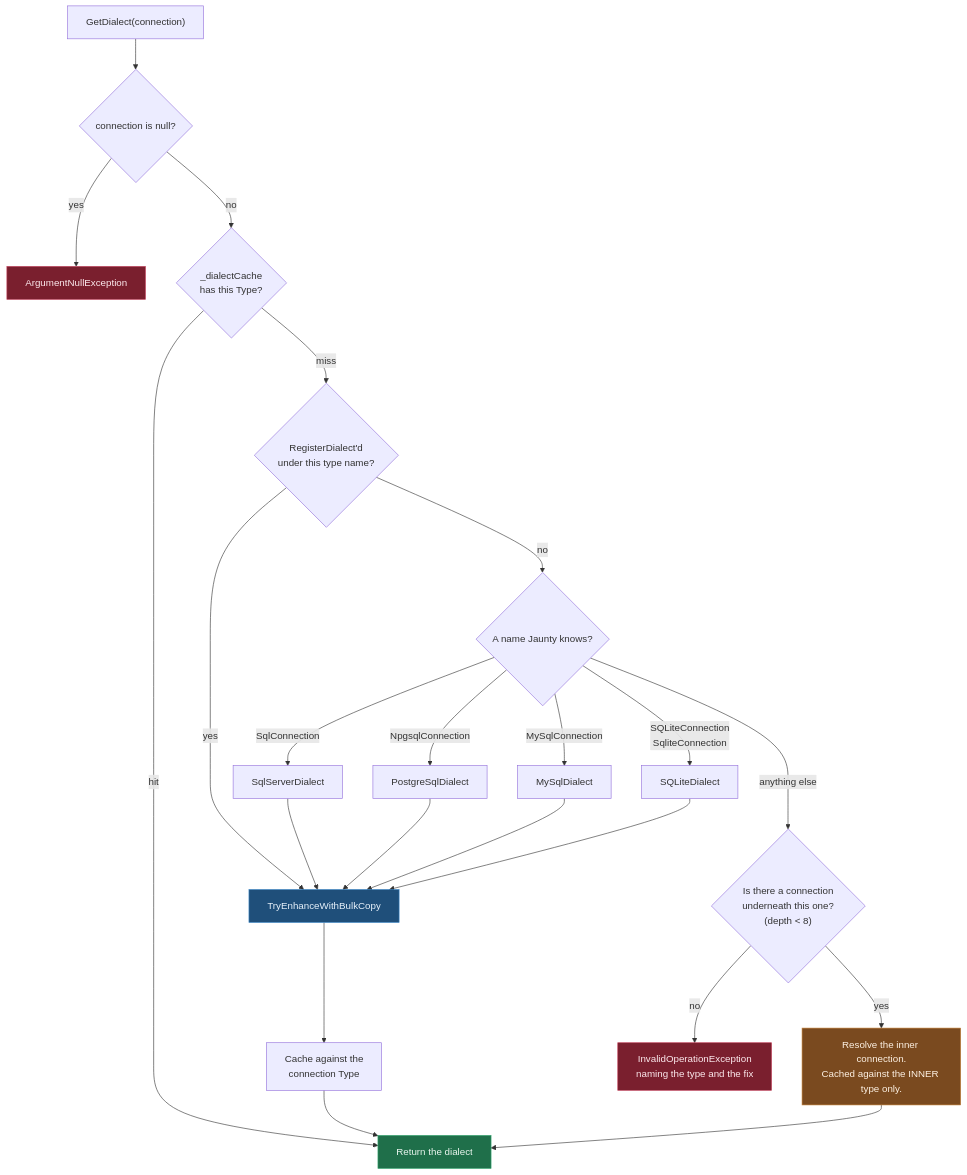
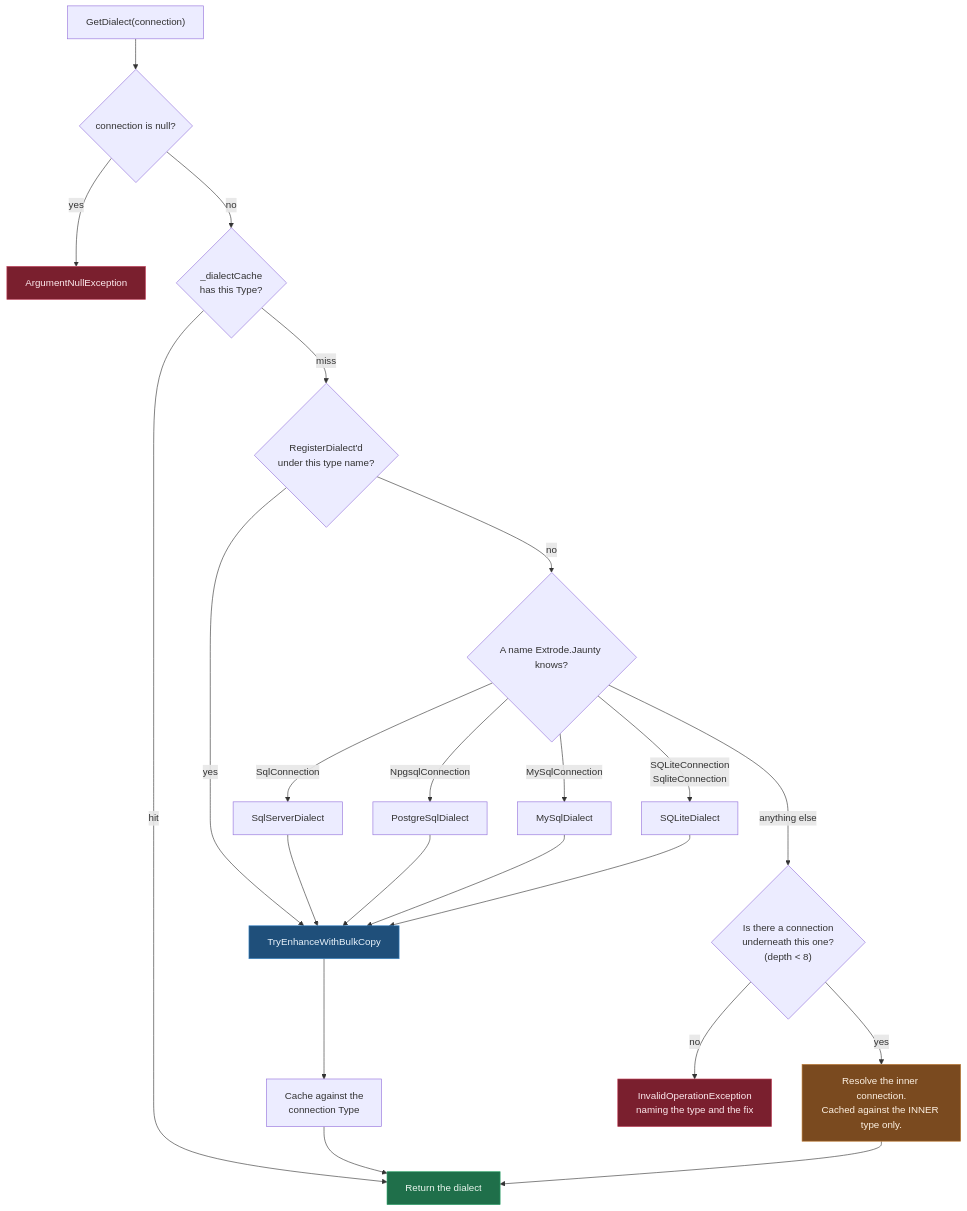
The first of 2 diagrams in docs/02-architecture/dialect-resolution.md (extrode/jaunty), drawn with Mermaid before and after one commit. The commit also changed other lines of this file and 77 other files, not shown here.

First line of the commit message:
docs: update Extrode.Jaunty.* code references, add breaking-change note

````diff
--- a/docs/02-architecture/dialect-resolution.md
+++ b/docs/02-architecture/dialect-resolution.md
@@ -17,41 +17,41 @@
 ```mermaid
 flowchart TD
     Start["GetDialect(connection)"] --> Null{"connection is null?"}
     Null -- yes --> Throw1["ArgumentNullException"]
     Null -- no --> Cache{"_dialectCache<br/>has this Type?"}
 
     Cache -- hit --> Done["Return the dialect"]
     Cache -- miss --> Custom{"RegisterDialect'd<br/>under this type name?"}
 
     Custom -- yes --> Enhance["TryEnhanceWithBulkCopy"]
-    Custom -- no --> Builtin{"A name Jaunty knows?"}
+    Custom -- no --> Builtin{"A name Extrode.Jaunty knows?"}
 
     Builtin -- "SqlConnection" --> D1["SqlServerDialect"]
     Builtin -- "NpgsqlConnection" --> D2["PostgreSqlDialect"]
     Builtin -- "MySqlConnection" --> D3["MySqlDialect"]
     Builtin -- "SQLiteConnection<br/>SqliteConnection" --> D4["SQLiteDialect"]
     Builtin -- "anything else" --> Unwrap{"Is there a connection<br/>underneath this one?<br/>(depth &lt; 8)"}
 
     D1 --> Enhance
     D2 --> Enhance
     D3 --> Enhance
     D4 --> Enhance
 
     Enhance --> Store["Cache against the<br/>connection Type"]
     Store --> Done
 
     Unwrap -- yes --> Recurse["Resolve the inner connection.<br/>Cached against the INNER type only."]
     Unwrap -- no --> Throw2["InvalidOperationException<br/>naming the type and the fix"]
     Recurse --> Done
 
     class Throw1 bad
     class Throw2 bad
     class Done ok
     class Enhance info
     class Recurse warn
 
     classDef ok fill:#1f6f4a,stroke:#2ea36a,color:#eaf6ef
     classDef bad fill:#7a1f2e,stroke:#c2405a,color:#fdeaee
     classDef info fill:#1f4f7a,stroke:#3a86c8,color:#e8f2fb
     classDef warn fill:#7a4a1f,stroke:#c07c34,color:#fdf1e3
 ```
````
